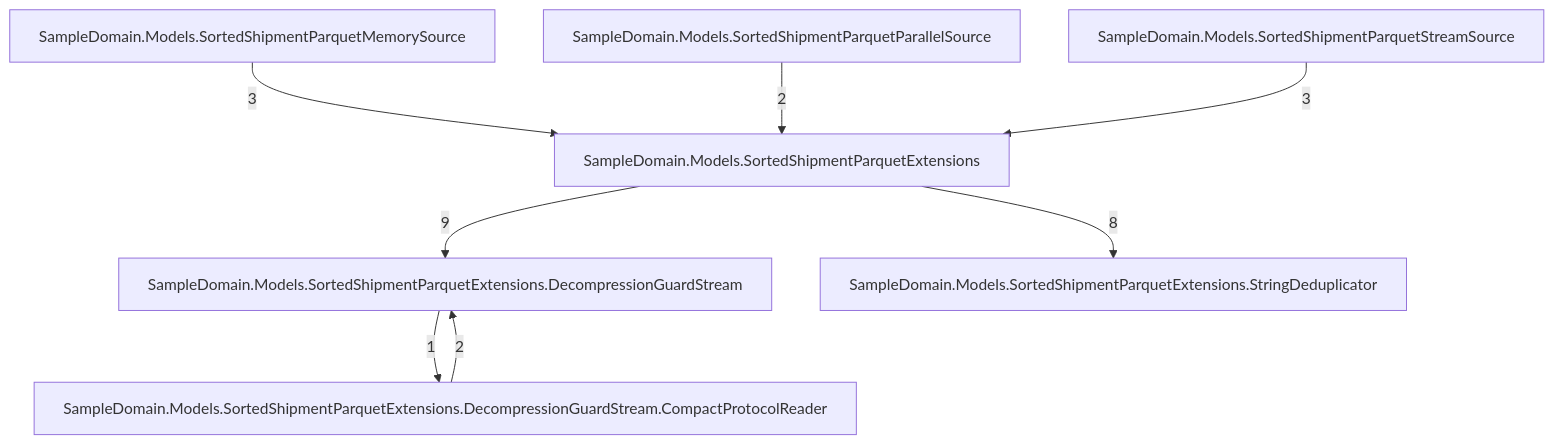
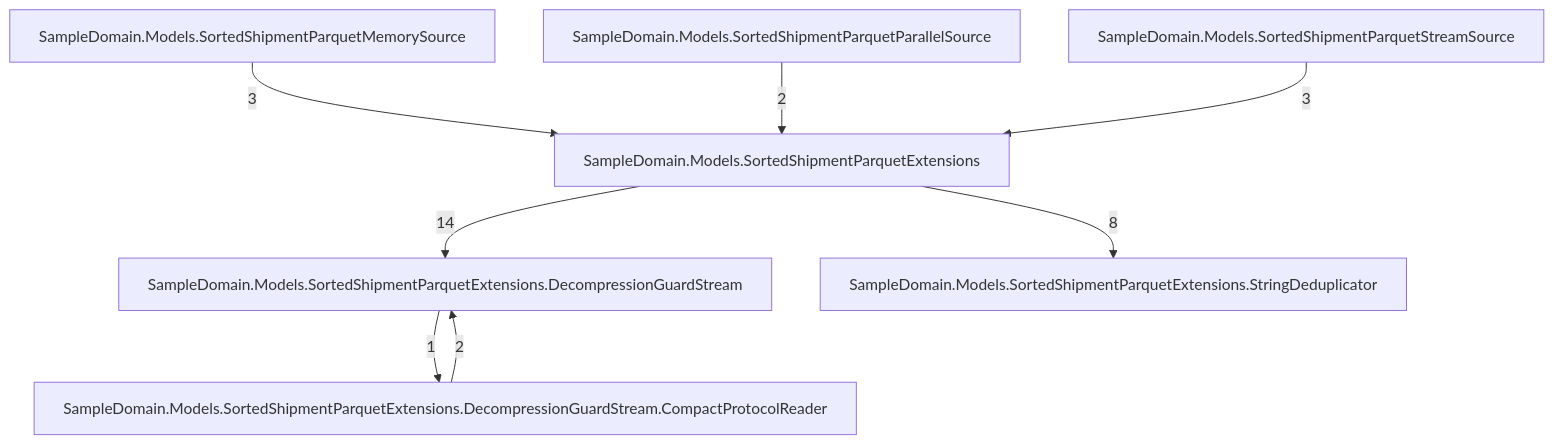
The seventh of 7 diagrams in docs/callgraph-generated.md (rtkelly13/Parquet.SourceGenerator), drawn with Mermaid before and after one commit. The commit also changed other lines of this file and 33 other files, not shown here.

````diff
--- a/docs/callgraph-generated.md
+++ b/docs/callgraph-generated.md
@@ -116,17 +116,17 @@
 ```mermaid
 graph TD
     tsampledomainmodelssortedshipmentparquetextensions_051["SampleDomain.Models.SortedShipmentParquetExtensions"]
     tsampledomainmodelssortedshipmentparquetextensionsdecompressionguardstream_076["SampleDomain.Models.SortedShipmentParquetExtensions.DecompressionGuardStream"]
     tsampledomainmodelssortedshipmentparquetextensionsdecompressionguardstreamcompactprotocolreader_098["SampleDomain.Models.SortedShipmentParquetExtensions.DecompressionGuardStream.CompactProtocolReader"]
     tsampledomainmodelssortedshipmentparquetextensionsstringdeduplicator_070["SampleDomain.Models.SortedShipmentParquetExtensions.StringDeduplicator"]
     tsampledomainmodelssortedshipmentparquetmemorysource_053["SampleDomain.Models.SortedShipmentParquetMemorySource"]
     tsampledomainmodelssortedshipmentparquetparallelsource_055["SampleDomain.Models.SortedShipmentParquetParallelSource"]
     tsampledomainmodelssortedshipmentparquetstreamsource_053["SampleDomain.Models.SortedShipmentParquetStreamSource"]
     tsampledomainmodelssortedshipmentparquetextensionsdecompressionguardstreamcompactprotocolreader_098 -->|2| tsampledomainmodelssortedshipmentparquetextensionsdecompressionguardstream_076
     tsampledomainmodelssortedshipmentparquetextensionsdecompressionguardstream_076 -->|1| tsampledomainmodelssortedshipmentparquetextensionsdecompressionguardstreamcompactprotocolreader_098
-    tsampledomainmodelssortedshipmentparquetextensions_051 -->|9| tsampledomainmodelssortedshipmentparquetextensionsdecompressionguardstream_076
+    tsampledomainmodelssortedshipmentparquetextensions_051 -->|14| tsampledomainmodelssortedshipmentparquetextensionsdecompressionguardstream_076
     tsampledomainmodelssortedshipmentparquetextensions_051 -->|8| tsampledomainmodelssortedshipmentparquetextensionsstringdeduplicator_070
     tsampledomainmodelssortedshipmentparquetmemorysource_053 -->|3| tsampledomainmodelssortedshipmentparquetextensions_051
     tsampledomainmodelssortedshipmentparquetparallelsource_055 -->|2| tsampledomainmodelssortedshipmentparquetextensions_051
     tsampledomainmodelssortedshipmentparquetstreamsource_053 -->|3| tsampledomainmodelssortedshipmentparquetextensions_051
 ```
````
